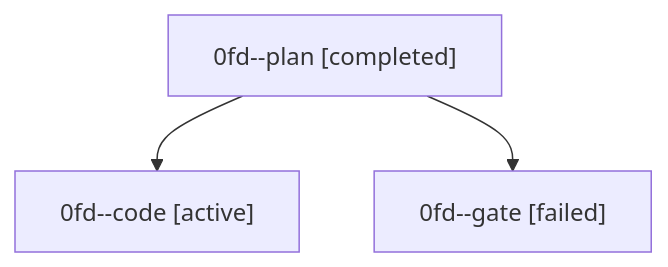
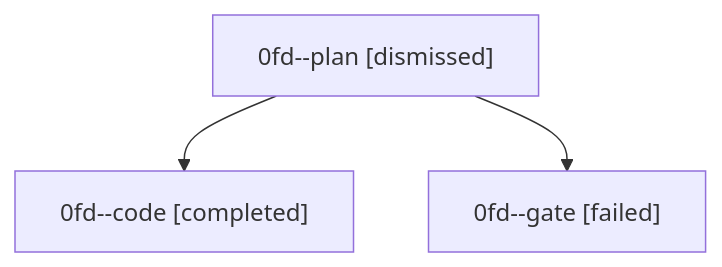
The diagram in families/bbugyi200.athena.0fd.md (sase-org/sase--agents), drawn with Mermaid before and after one commit. The commit also changed other lines of this file and 167 other files, not shown here.

````diff
--- a/families/bbugyi200.athena.0fd.md
+++ b/families/bbugyi200.athena.0fd.md
@@ -9,8 +9,8 @@
 ```mermaid
 flowchart TD
-  n0["0fd--plan [completed]"]
-  n1["0fd--code [active]"]
+  n0["0fd--plan [dismissed]"]
+  n1["0fd--code [completed]"]
   n0 --> n1
   n2["0fd--gate [failed]"]
   n0 --> n2
 ```
````
